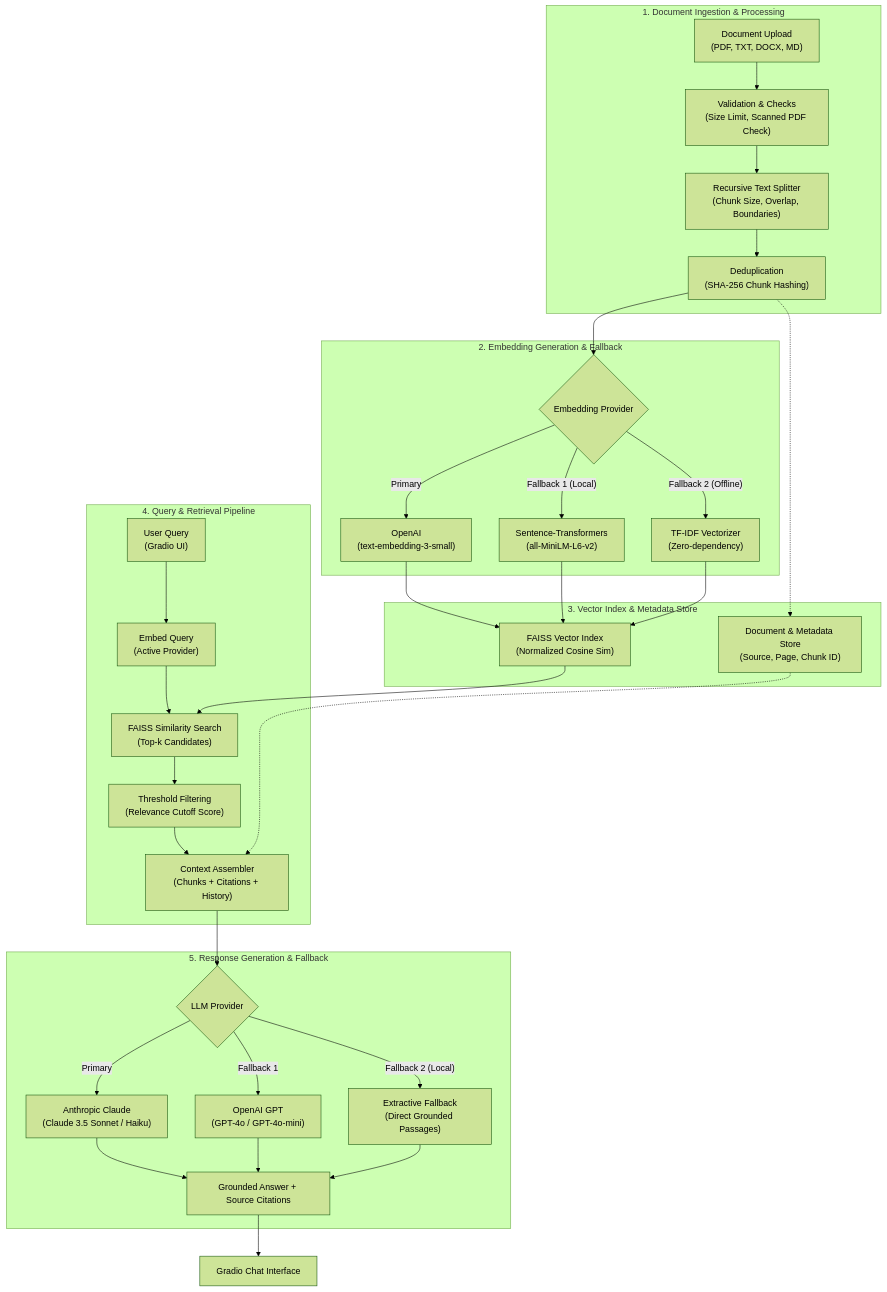
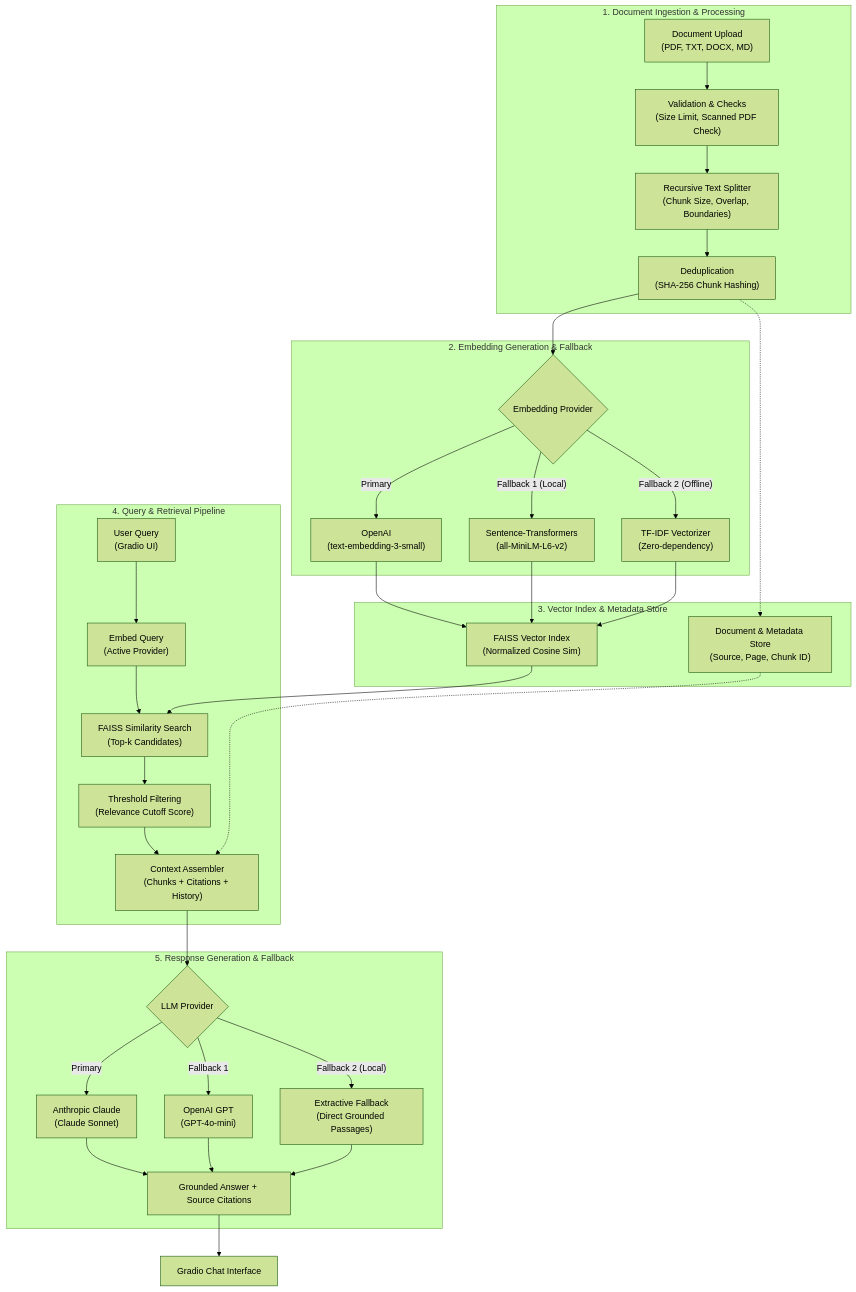
The diagram in README.md (srisaidhakshini/ai-rag-assistant), drawn with Mermaid (forest theme) before and after one commit. The commit also changed other lines of this file and 27 other files, not shown here.

````diff
--- a/README.md
+++ b/README.md
@@ -28,43 +173,43 @@
 ```mermaid
 flowchart TD
     subgraph Ingestion["1. Document Ingestion & Processing"]
         Doc["Document Upload<br/>(PDF, TXT, DOCX, MD)"] --> Validate["Validation & Checks<br/>(Size Limit, Scanned PDF Check)"]
         Validate --> Chunking["Recursive Text Splitter<br/>(Chunk Size, Overlap, Boundaries)"]
         Chunking --> Dedup["Deduplication<br/>(SHA-256 Chunk Hashing)"]
     end
 
     subgraph EmbeddingLayer["2. Embedding Generation & Fallback"]
         Dedup --> EmbedSelector{"Embedding Provider"}
         EmbedSelector -->|"Primary"| OpenAIEmbed["OpenAI<br/>(text-embedding-3-small)"]
         EmbedSelector -->|"Fallback 1 (Local)"| STEmbed["Sentence-Transformers<br/>(all-MiniLM-L6-v2)"]
         EmbedSelector -->|"Fallback 2 (Offline)"| TFIDFEmbed["TF-IDF Vectorizer<br/>(Zero-dependency)"]
     end
 
     subgraph Storage["3. Vector Index & Metadata Store"]
         OpenAIEmbed --> FAISS["FAISS Vector Index<br/>(Normalized Cosine Sim)"]
         STEmbed --> FAISS
         TFIDFEmbed --> FAISS
         Dedup -.-> DocStore["Document & Metadata Store<br/>(Source, Page, Chunk ID)"]
     end
 
     subgraph QueryFlow["4. Query & Retrieval Pipeline"]
         UserQuery["User Query<br/>(Gradio UI)"] --> QueryEmbed["Embed Query<br/>(Active Provider)"]
         QueryEmbed --> Search["FAISS Similarity Search<br/>(Top-k Candidates)"]
         FAISS --> Search
         Search --> Filter["Threshold Filtering<br/>(Relevance Cutoff Score)"]
         DocStore -.-> ContextBuild["Context Assembler<br/>(Chunks + Citations + History)"]
         Filter --> ContextBuild
     end
 
     subgraph GenerationLayer["5. Response Generation & Fallback"]
         ContextBuild --> LLMSelector{"LLM Provider"}
-        LLMSelector -->|"Primary"| Claude["Anthropic Claude<br/>(Claude 3.5 Sonnet / Haiku)"]
-        LLMSelector -->|"Fallback 1"| GPT["OpenAI GPT<br/>(GPT-4o / GPT-4o-mini)"]
+        LLMSelector -->|"Primary"| Claude["Anthropic Claude<br/>(Claude Sonnet)"]
+        LLMSelector -->|"Fallback 1"| GPT["OpenAI GPT<br/>(GPT-4o-mini)"]
         LLMSelector -->|"Fallback 2 (Local)"| Extractive["Extractive Fallback<br/>(Direct Grounded Passages)"]
         Claude --> Output["Grounded Answer + Source Citations"]
         GPT --> Output
         Extractive --> Output
     end
 
     Output --> UI["Gradio Chat Interface"]
 ```
````
